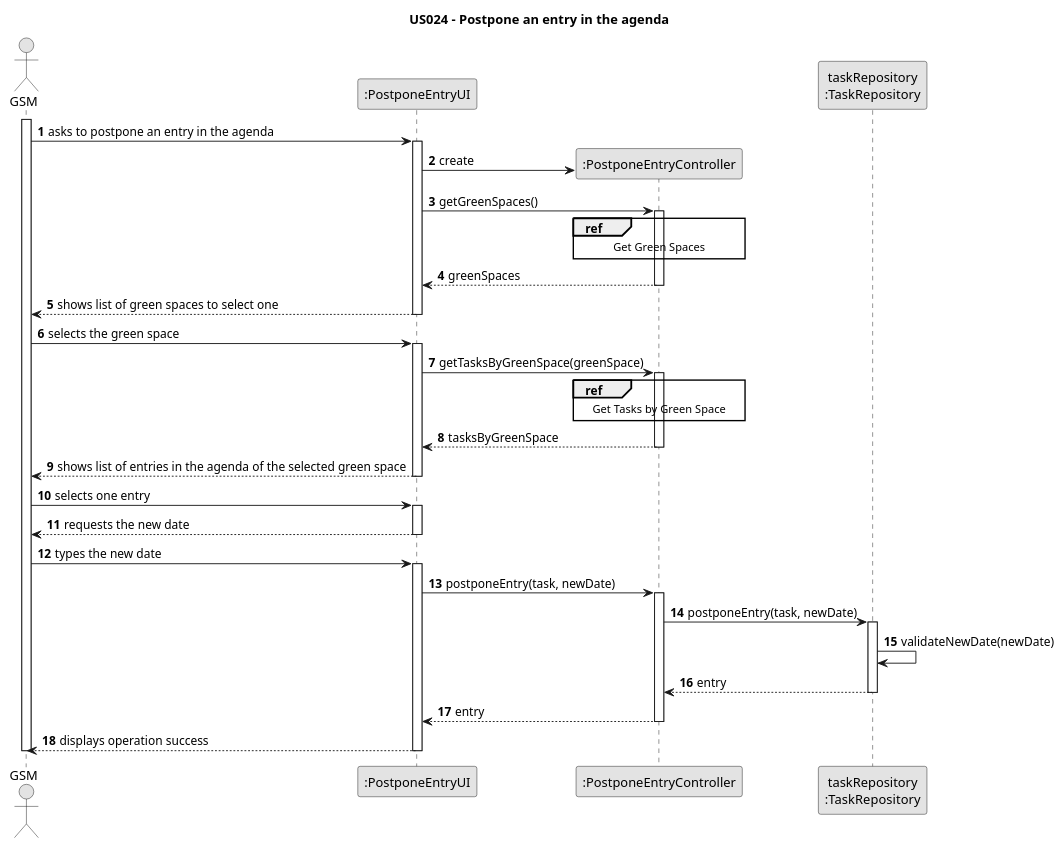
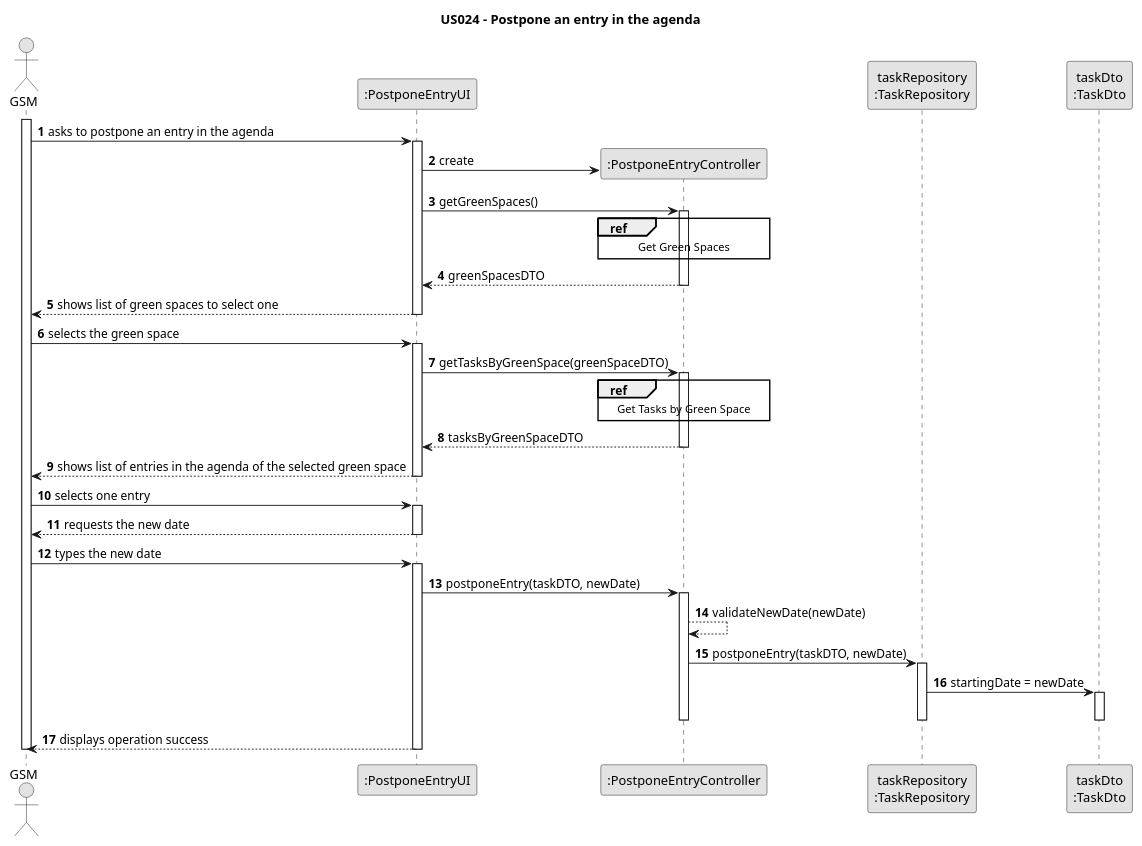
One commit to Departamento-de-Engenharia-Informatica/lei-24-s2-1dm-g132 changed the diagram in docs/sprintC/us024/03.design/puml/us024-sequence-diagram-split.puml. Above: the diagram before and after it, drawn with PlantUML. The commit also changed 3 other files, not shown here.

Commit message:
US24 added DTOs to sequence diagrams

```diff
--- a/docs/sprintC/us024/03.design/puml/us024-sequence-diagram-split.puml
+++ b/docs/sprintC/us024/03.design/puml/us024-sequence-diagram-split.puml
@@ -1,78 +1,80 @@
 @startuml
 skinparam monochrome true
 skinparam packageStyle rectangle
 skinparam shadowing false
 
 title US024 - Postpone an entry in the agenda
 
 autonumber
 
 actor "GSM" as Employee
 participant ":PostponeEntryUI" as UI
 participant ":PostponeEntryController" as CTRL
 participant "taskRepository\n:TaskRepository" as TaskRepository
+participant "taskDto\n:TaskDto" as TaskDto
 
 activate Employee
 
     Employee -> UI : asks to postpone an entry in the agenda
     activate UI
 
     UI -> CTRL** : create
 
                 UI -> CTRL : getGreenSpaces()
                 activate CTRL
 
                     ref over CTRL
                         Get Green Spaces
                     end
 
-                    CTRL --> UI : greenSpaces
+                    CTRL --> UI : greenSpacesDTO
                 deactivate CTRL
 
     UI --> Employee : shows list of green spaces to select one
     deactivate UI
 
     Employee -> UI : selects the green space
     activate UI
 
-        UI -> CTRL : getTasksByGreenSpace(greenSpace)
+        UI -> CTRL : getTasksByGreenSpace(greenSpaceDTO)
         activate CTRL
 
             ref over CTRL
                Get Tasks by Green Space
             end
 
-            CTRL --> UI : tasksByGreenSpace
+            CTRL --> UI : tasksByGreenSpaceDTO
         deactivate CTRL
 
     UI --> Employee : shows list of entries in the agenda of the selected green space
     deactivate UI
 
     Employee -> UI : selects one entry
     activate UI
 
     UI --> Employee : requests the new date
     deactivate UI
 
     Employee -> UI : types the new date
     activate UI
 
-    UI -> CTRL : postponeEntry(task, newDate)
+    UI -> CTRL : postponeEntry(taskDTO, newDate)
     activate CTRL
 
-    CTRL -> TaskRepository : postponeEntry(task, newDate)
+    CTRL --> CTRL : validateNewDate(newDate)
+    CTRL -> TaskRepository : postponeEntry(taskDTO, newDate)
     activate TaskRepository
 
-    TaskRepository -> TaskRepository : validateNewDate(newDate)
+    TaskRepository -> TaskDto : startingDate = newDate
+    activate TaskDto
+    deactivate TaskDto
 
-    TaskRepository --> CTRL : entry
     deactivate TaskRepository
+    deactivate CTRL
 
-    CTRL --> UI : entry
-    deactivate CTRL
 
     UI --> Employee : displays operation success
     deactivate UI
 
 deactivate Employee
 @enduml
```
